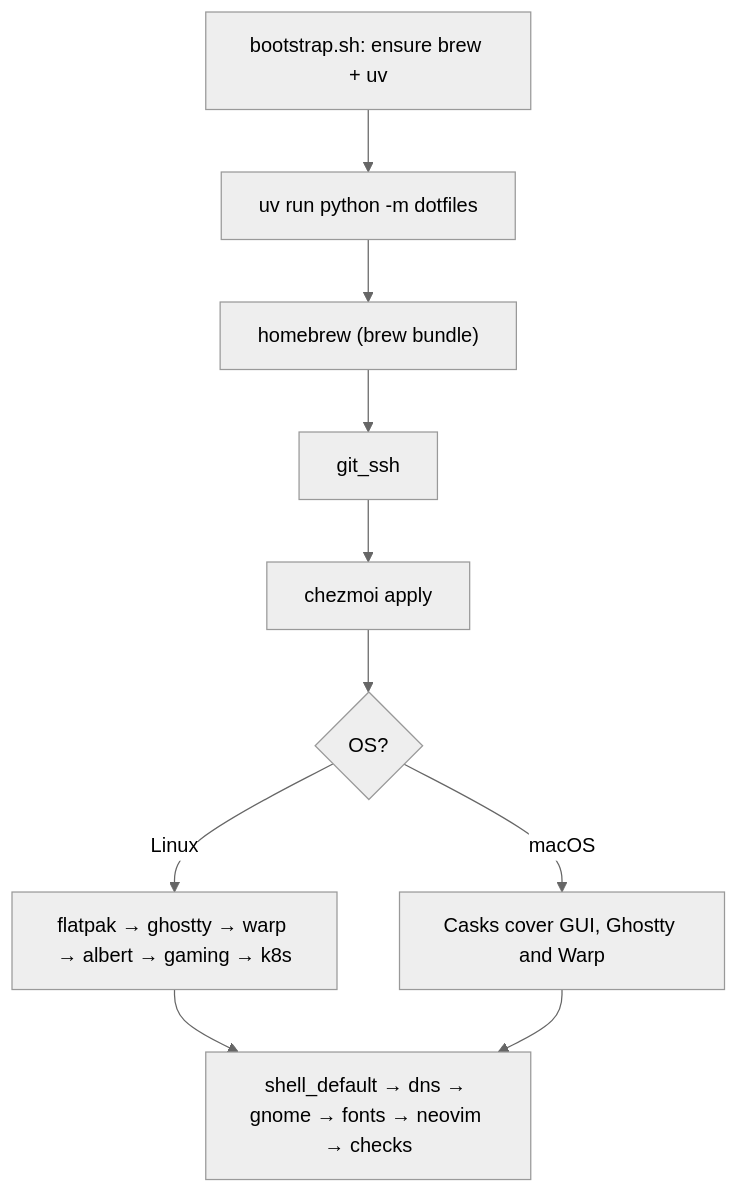
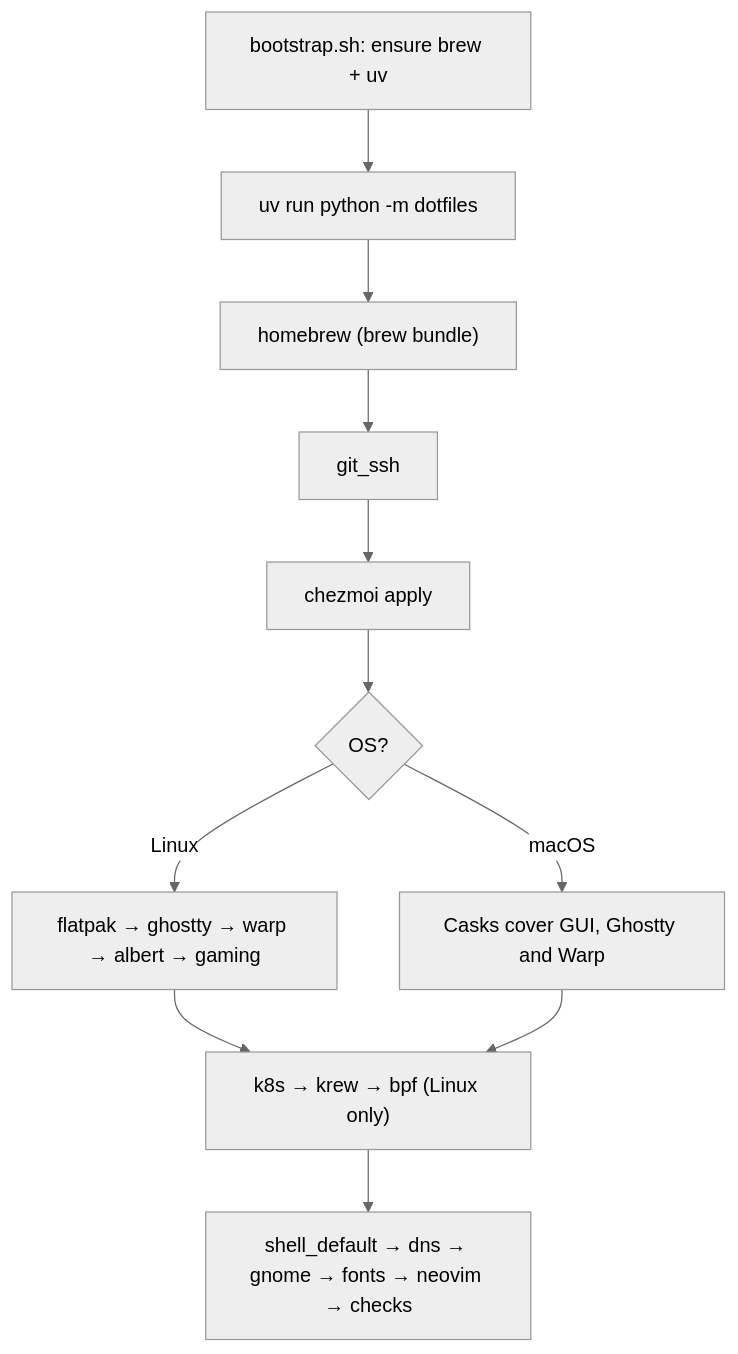
The diagram in readme.md (bourbonfgiles/dotfiles), drawn with Mermaid (neutral theme) before and after one commit. The commit also changed other lines of this file and 4 other files, not shown here.

````diff
--- a/readme.md
+++ b/readme.md
@@ -44,10 +44,11 @@
 ```mermaid
 flowchart TD
   S[bootstrap.sh: ensure brew + uv] --> M[uv run python -m dotfiles]
   M --> H["homebrew (brew bundle)"] --> G[git_ssh] --> C[chezmoi apply]
   C --> D{OS?}
-  D -->|Linux| E[flatpak → ghostty → warp → albert → gaming → k8s]
+  D -->|Linux| E[flatpak → ghostty → warp → albert → gaming]
   D -->|macOS| X[Casks cover GUI, Ghostty and Warp]
-  E --> Z[shell_default → dns → gnome → fonts → neovim → checks]
-  X --> Z
+  E --> K["k8s → krew → bpf (Linux only)"]
+  X --> K
+  K --> Z[shell_default → dns → gnome → fonts → neovim → checks]
 ```
````
